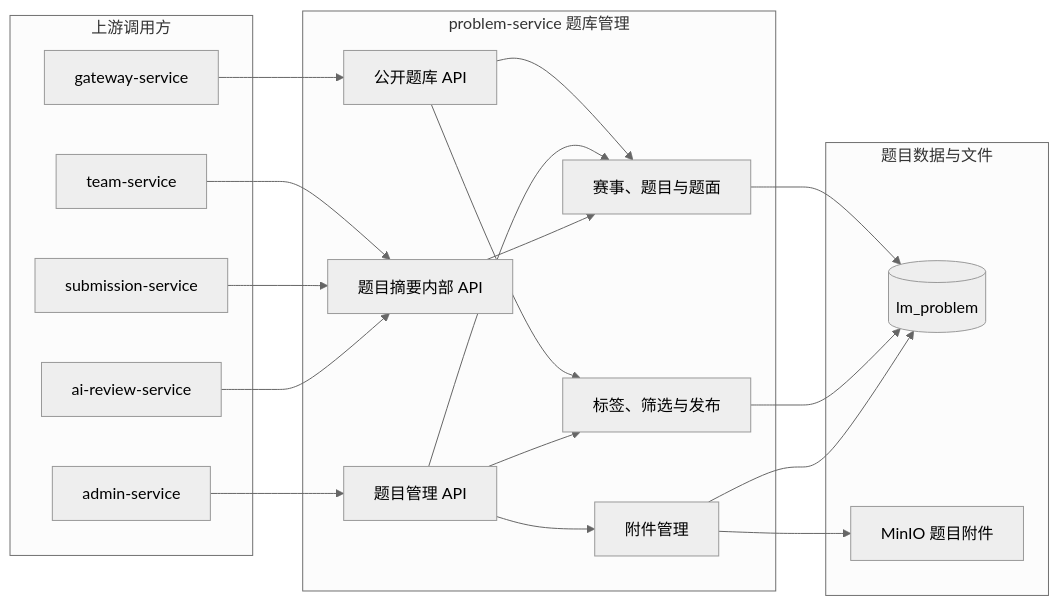
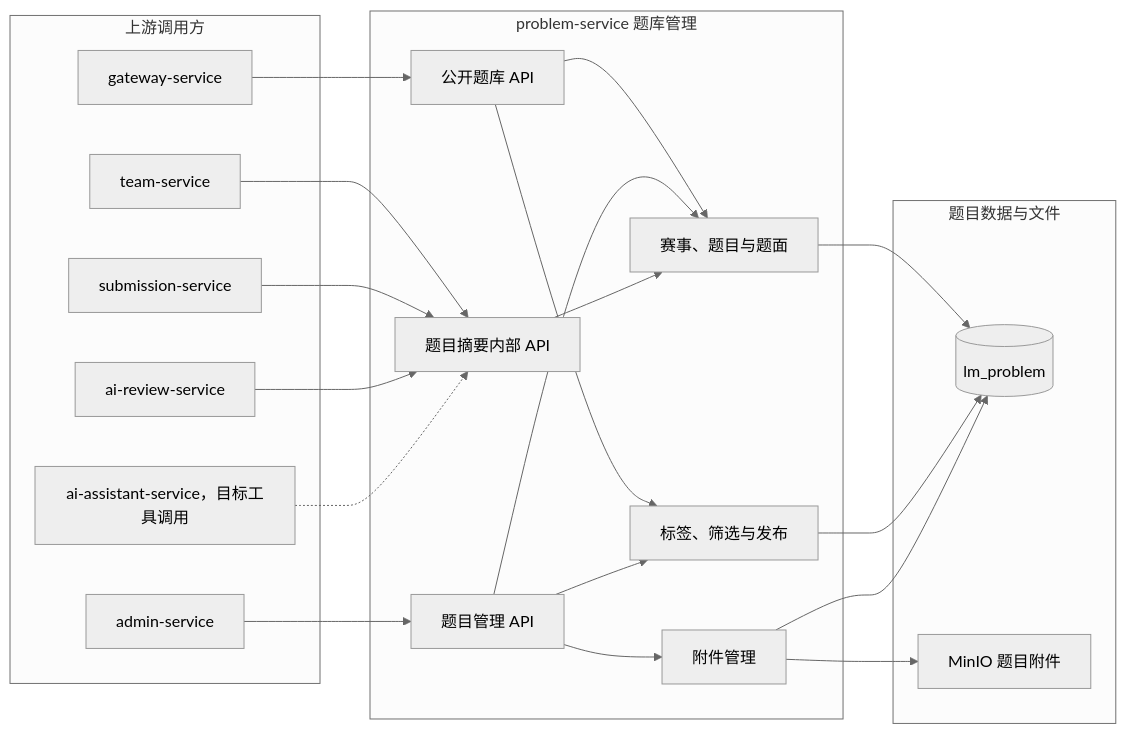
The diagram in docs/project/03-微服务设计/problem-service/README.md (Dorian7Alden/LeetModel), drawn with Mermaid (neutral theme) before and after one commit. The commit also changed other lines of this file and 15 other files, not shown here.

````diff
--- a/docs/project/03-微服务设计/problem-service/README.md
+++ b/docs/project/03-微服务设计/problem-service/README.md
@@ -13,41 +13,43 @@
 ```mermaid
 flowchart LR
     subgraph callers["上游调用方"]
         apiGateway["gateway-service"]
         adminService["admin-service"]
         teamService["team-service"]
         submissionService["submission-service"]
         reviewService["ai-review-service"]
+        assistantService["ai-assistant-service，目标工具调用"]
     end
 
     subgraph problem["problem-service 题库管理"]
         publicApi["公开题库 API"]
         manageApi["题目管理 API"]
         internalApi["题目摘要内部 API"]
         contestProblem["赛事、题目与题面"]
         tagPublish["标签、筛选与发布"]
         attachment["附件管理"]
 
         publicApi --> contestProblem
         publicApi --> tagPublish
         manageApi --> contestProblem
         manageApi --> tagPublish
         manageApi --> attachment
         internalApi --> contestProblem
     end
 
     subgraph data["题目数据与文件"]
         problemDatabase[(lm_problem)]
         minio["MinIO 题目附件"]
     end
 
     apiGateway --> publicApi
     adminService --> manageApi
     teamService --> internalApi
     submissionService --> internalApi
     reviewService --> internalApi
+    assistantService -.-> internalApi
     contestProblem --> problemDatabase
     tagPublish --> problemDatabase
     attachment --> problemDatabase
     attachment --> minio
 ```
````
